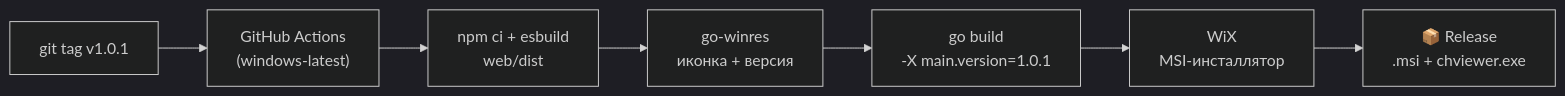
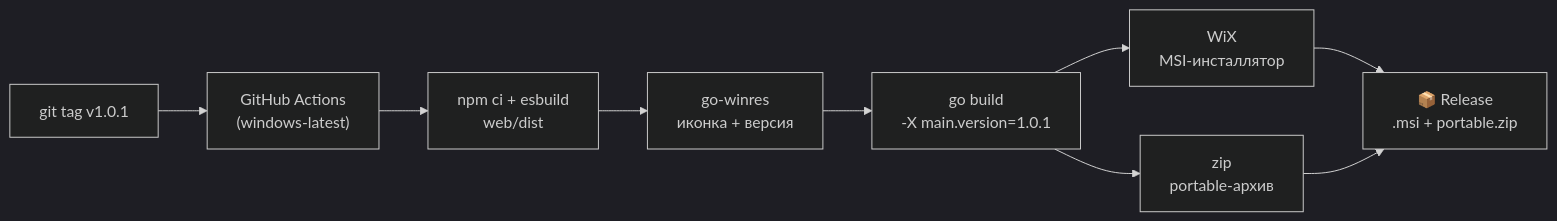
The ninth of 9 diagrams in README.md (akprof2000/ClickHouse-Show-Polygons), drawn with Mermaid (dark theme) before and after one commit. The commit also changed other lines of this file and 1 other file, not shown here.

First line of the commit message:
Портативный exe публикуется в релизе как zip-архив

````diff
--- a/README.md
+++ b/README.md
@@ -396,9 +399,11 @@
 ```mermaid
 flowchart LR
     T["git tag v1.0.1"] --> W["GitHub Actions<br/>(windows-latest)"]
     W --> N["npm ci + esbuild<br/>web/dist"]
     N --> I["go-winres<br/>иконка + версия"]
     I --> G["go build<br/>-X main.version=1.0.1"]
     G --> S["WiX<br/>MSI-инсталлятор"]
-    S --> R["📦 Release<br/>.msi + chviewer.exe"]
+    G --> Z["zip<br/>portable-архив"]
+    S --> R["📦 Release<br/>.msi + portable.zip"]
+    Z --> R
 ```
````
